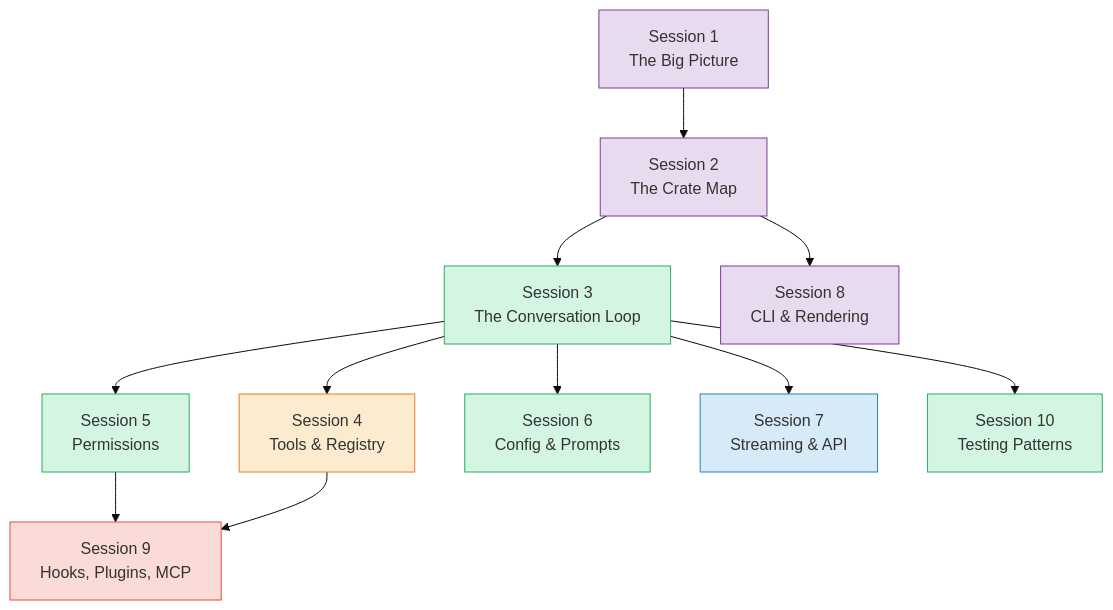
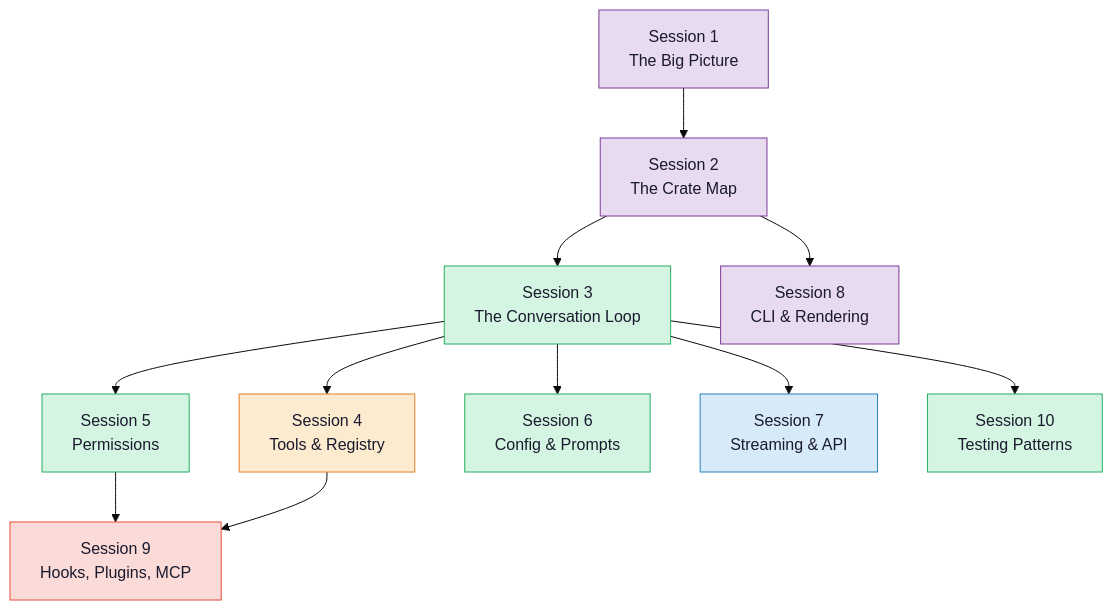
Before and after one commit to mickeyyaya/claw-code-architecture: the diagram in architecture/index.md, drawn with Mermaid (base theme). The commit also changed 8 other files, not shown here.

Commit message:
fix: add dark text color to all light-fill diagram nodes for readability

````diff
--- a/architecture/index.md
+++ b/architecture/index.md
@@ -20,46 +20,46 @@
 ```mermaid
 graph TD
     S1["Session 1\nThe Big Picture"]
     S2["Session 2\nThe Crate Map"]
     S3["Session 3\nThe Conversation Loop"]
     S4["Session 4\nTools & Registry"]
     S5["Session 5\nPermissions"]
     S6["Session 6\nConfig & Prompts"]
     S7["Session 7\nStreaming & API"]
     S8["Session 8\nCLI & Rendering"]
     S9["Session 9\nHooks, Plugins, MCP"]
     S10["Session 10\nTesting Patterns"]
 
     S1 --> S2
     S2 --> S3
     S3 --> S4
     S3 --> S5
     S3 --> S6
     S3 --> S7
     S2 --> S8
     S5 --> S9
     S4 --> S9
     S3 --> S10
 
     click S1 "/architecture/session-01-big-picture" "Session 1"
     click S2 "/architecture/session-02-crate-map" "Session 2"
     click S3 "/architecture/session-03-conversation-loop" "Session 3"
     click S4 "/architecture/session-04-tools-and-registry" "Session 4"
     click S5 "/architecture/session-05-permissions" "Session 5"
     click S6 "/architecture/session-06-config-and-prompts" "Session 6"
     click S7 "/architecture/session-07-streaming" "Session 7"
     click S8 "/architecture/session-08-cli-and-rendering" "Session 8"
     click S9 "/architecture/session-09-hooks-plugins-mcp" "Session 9"
     click S10 "/architecture/session-10-testing-patterns" "Session 10"
 
-    style S1 fill:#e8daef,stroke:#7d3c98
-    style S2 fill:#e8daef,stroke:#7d3c98
-    style S3 fill:#d5f5e3,stroke:#27ae60
-    style S4 fill:#fdebd0,stroke:#e67e22
-    style S5 fill:#d5f5e3,stroke:#27ae60
-    style S6 fill:#d5f5e3,stroke:#27ae60
-    style S7 fill:#d6eaf8,stroke:#2980b9
-    style S8 fill:#e8daef,stroke:#7d3c98
-    style S9 fill:#fadbd8,stroke:#e74c3c
-    style S10 fill:#d5f5e3,stroke:#27ae60
+    style S1 fill:#e8daef,stroke:#7d3c98,color:#1a1a2e
+    style S2 fill:#e8daef,stroke:#7d3c98,color:#1a1a2e
+    style S3 fill:#d5f5e3,stroke:#27ae60,color:#1a1a2e
+    style S4 fill:#fdebd0,stroke:#e67e22,color:#1a1a2e
+    style S5 fill:#d5f5e3,stroke:#27ae60,color:#1a1a2e
+    style S6 fill:#d5f5e3,stroke:#27ae60,color:#1a1a2e
+    style S7 fill:#d6eaf8,stroke:#2980b9,color:#1a1a2e
+    style S8 fill:#e8daef,stroke:#7d3c98,color:#1a1a2e
+    style S9 fill:#fadbd8,stroke:#e74c3c,color:#1a1a2e
+    style S10 fill:#d5f5e3,stroke:#27ae60,color:#1a1a2e
 ```
````
